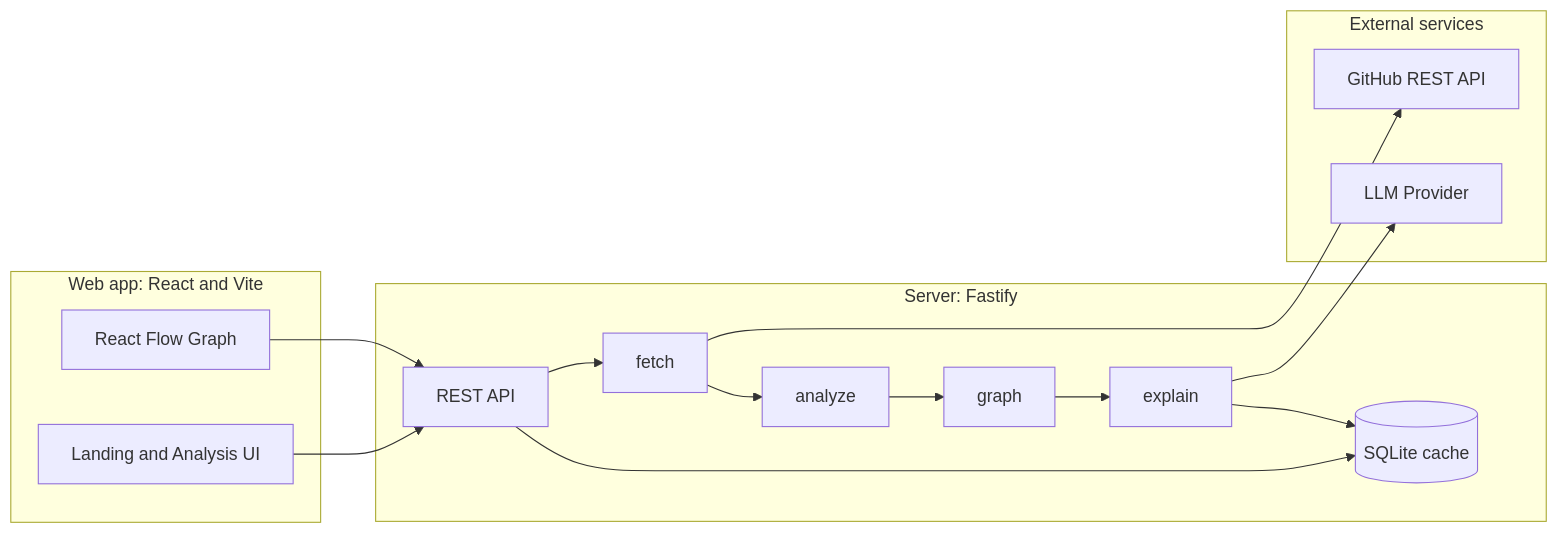
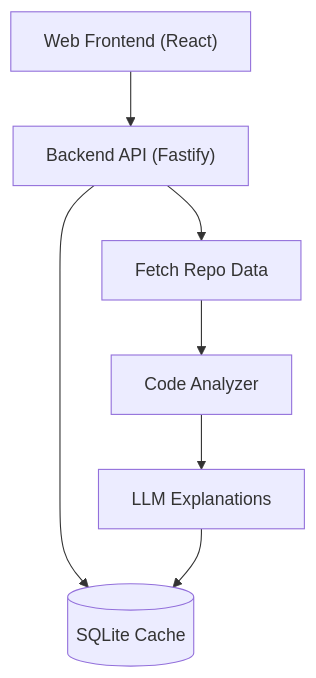
One commit to adwaith620/RepoAtlas changed the diagram in README.md. Above: the diagram before and after it, drawn with Mermaid.

Commit message:
Simplified the architecture diagram in the readme

````diff
--- a/README.md
+++ b/README.md
@@ -121,32 +121,9 @@
 ```mermaid
-flowchart LR
-    subgraph Web["Web app: React and Vite"]
-        UI["Landing and Analysis UI"]
-        RF["React Flow Graph"]
-    end
-
-    subgraph Server["Server: Fastify"]
-        API["REST API"]
-        FETCH["fetch"]
-        ANALYZE["analyze"]
-        GRAPH["graph"]
-        EXPLAIN["explain"]
-        CACHE[("SQLite cache")]
-    end
-
-    subgraph External["External services"]
-        GH["GitHub REST API"]
-        LLM["LLM Provider"]
-    end
-
-    UI --> API
-    RF --> API
-    API --> CACHE
-    API --> FETCH
-    FETCH --> GH
-    FETCH --> ANALYZE
-    ANALYZE --> GRAPH
-    GRAPH --> EXPLAIN
-    EXPLAIN --> LLM
-    EXPLAIN --> CACHE
+flowchart TD
+  UI["Web Frontend (React)"] --> API["Backend API (Fastify)"]
+  API --> Cache[("SQLite Cache")]
+  API --> Fetch["Fetch Repo Data"]
+  Fetch --> Analyze["Code Analyzer"]
+  Analyze --> Explain["LLM Explanations"]
+  Explain --> Cache
 ```
````
